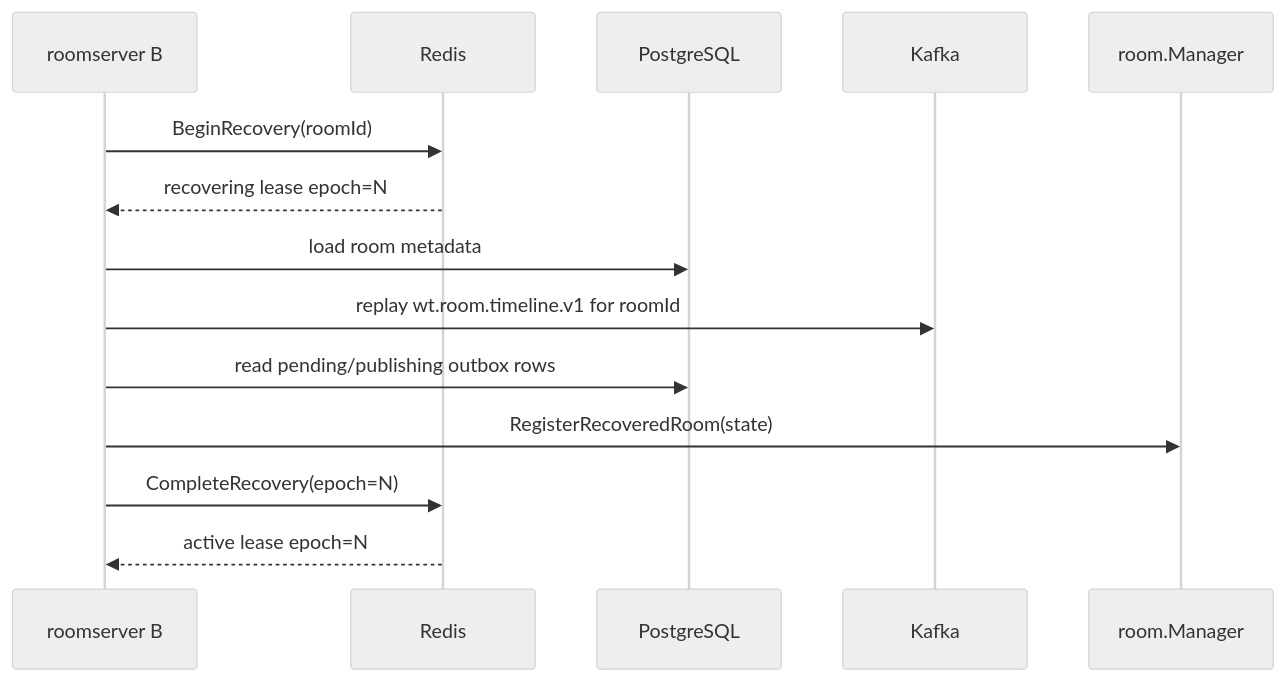
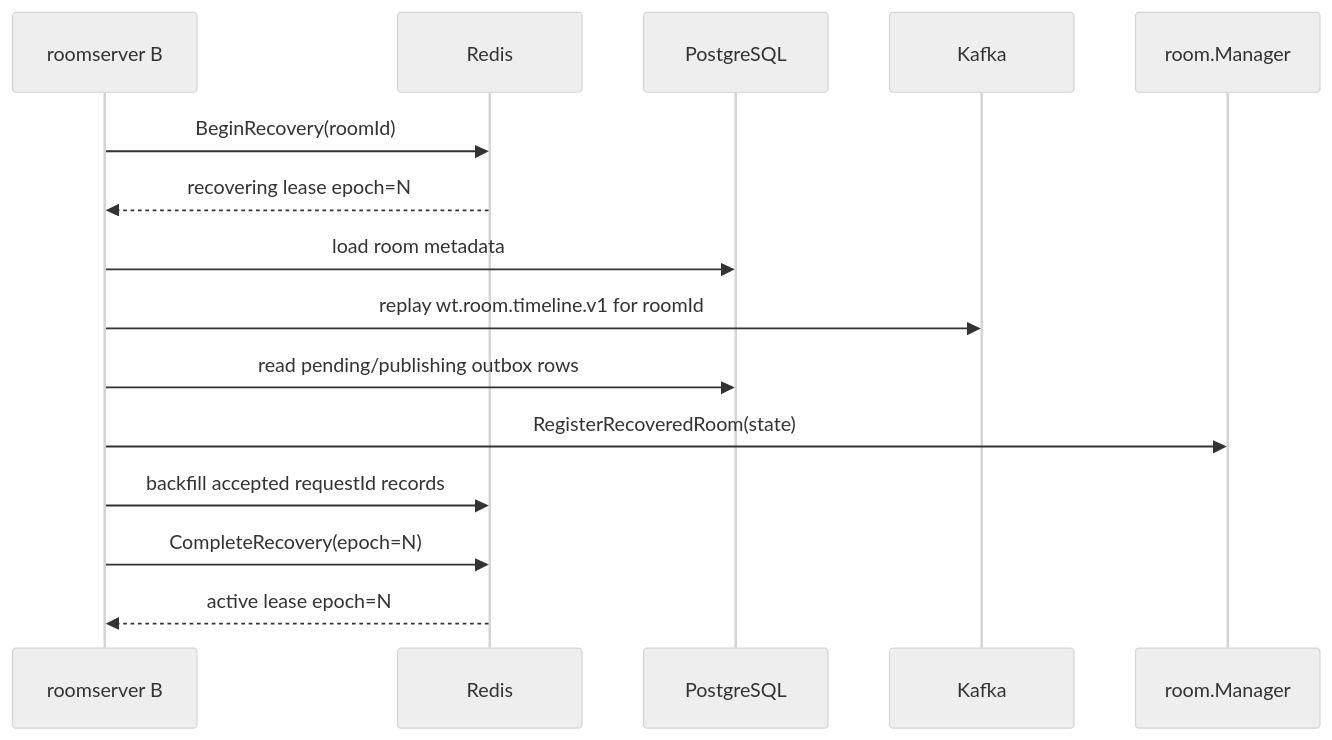
Before and after one commit to sunboyZgz/watch_together: the third of 3 diagrams in docs/distributed-architecture.md, drawn with Mermaid (neutral theme). The commit also changed other lines of this file and 34 other files, not shown here.

````diff
--- a/docs/distributed-architecture.md
+++ b/docs/distributed-architecture.md
@@ -122,17 +130,18 @@
 ```mermaid
 sequenceDiagram
   participant B as roomserver B
   participant R as Redis
   participant P as PostgreSQL
   participant K as Kafka
   participant M as room.Manager
 
   B->>R: BeginRecovery(roomId)
   R-->>B: recovering lease epoch=N
   B->>P: load room metadata
   B->>K: replay wt.room.timeline.v1 for roomId
   B->>P: read pending/publishing outbox rows
   B->>M: RegisterRecoveredRoom(state)
+  B->>R: backfill accepted requestId records
   B->>R: CompleteRecovery(epoch=N)
   R-->>B: active lease epoch=N
 ```
````
